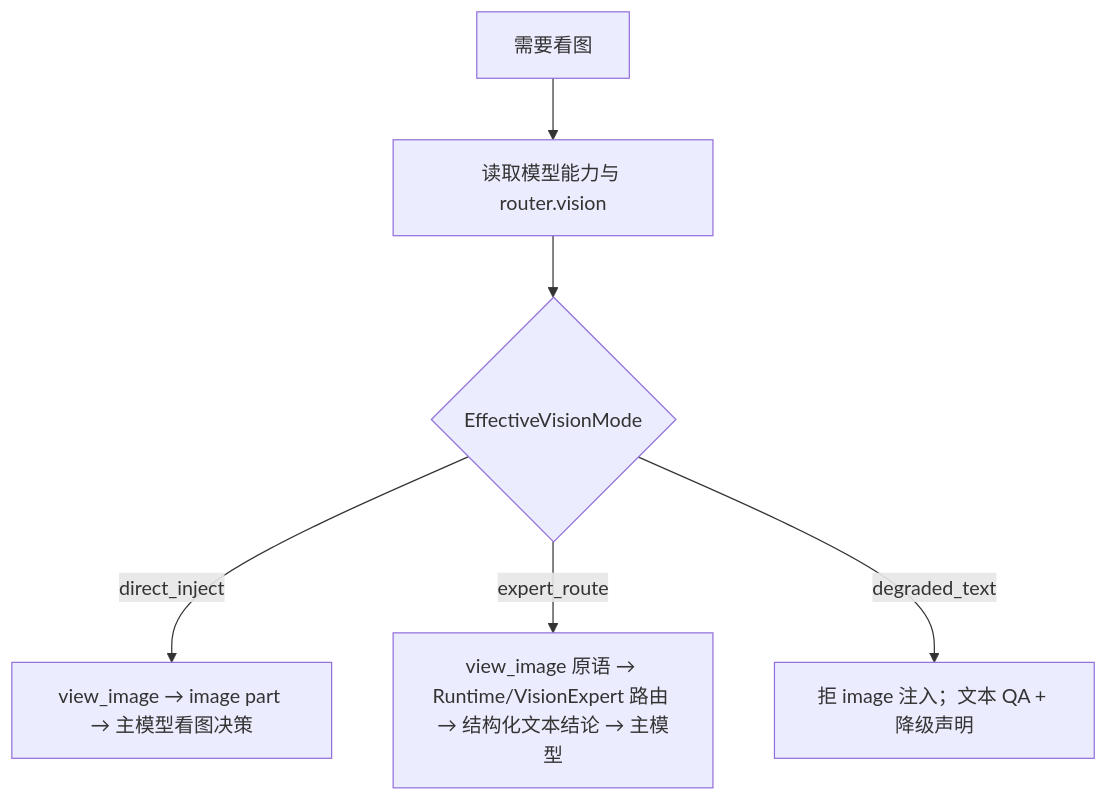
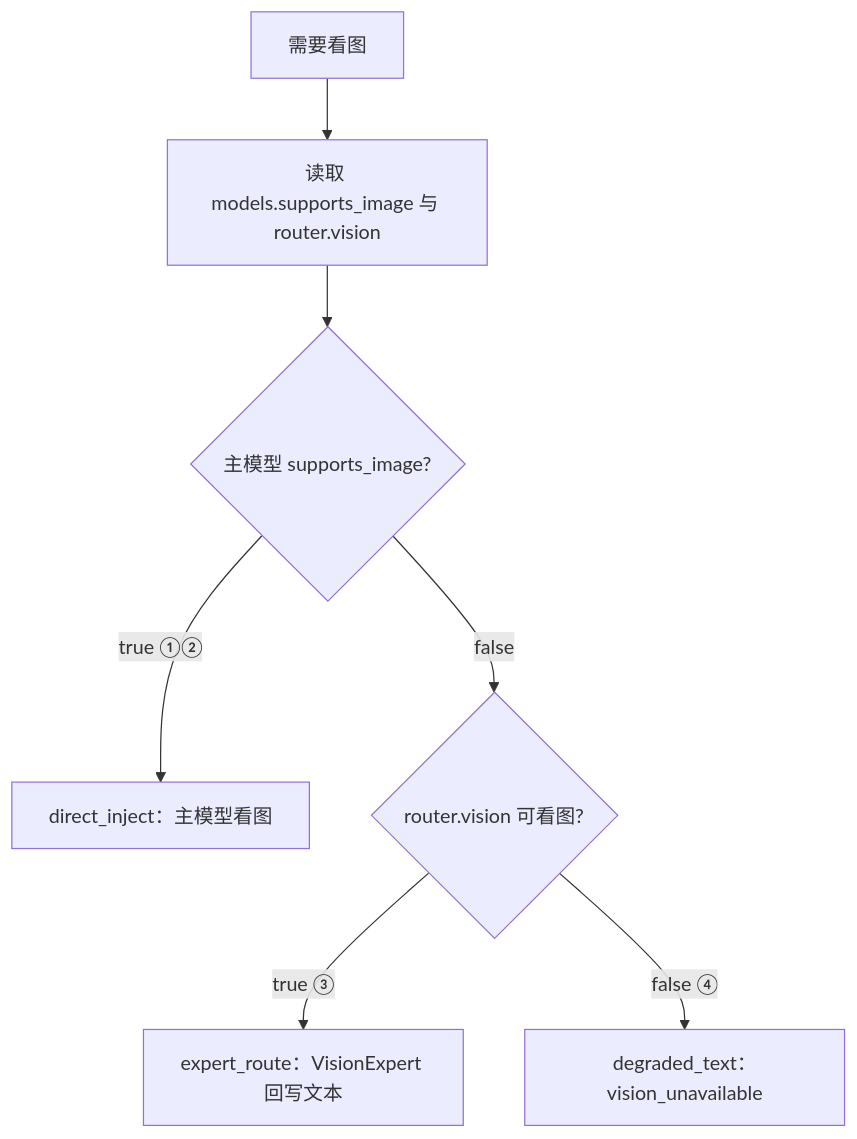
The diagram in docs/多模态输入与视觉能力设计.md (capemeta/genesis-agent), drawn with Mermaid before and after one commit. The commit also changed other lines of this file and 122 other files, not shown here.

````diff
--- a/docs/多模态输入与视觉能力设计.md
+++ b/docs/多模态输入与视觉能力设计.md
@@ -49,8 +101,9 @@
 ```mermaid
 flowchart TD
-  start[需要看图] --> loadCfg[读取模型能力与 router.vision]
-  loadCfg --> mode{EffectiveVisionMode}
-  mode -->|direct_inject| A[view_image → image part → 主模型看图决策]
-  mode -->|expert_route| B[view_image 原语 → Runtime/VisionExpert 路由 → 结构化文本结论 → 主模型]
-  mode -->|degraded_text| C[拒 image 注入；文本 QA + 降级声明]
+  start[需要看图] --> loadCfg[读取 models.supports_image 与 router.vision]
+  loadCfg --> mainOK{主模型 supports_image?}
+  mainOK -->|true ①②| A[direct_inject：主模型看图]
+  mainOK -->|false| visionOK{router.vision 可看图?}
+  visionOK -->|true ③| B[expert_route：VisionExpert 回写文本]
+  visionOK -->|false ④| C[degraded_text：vision_unavailable]
 ```
````
